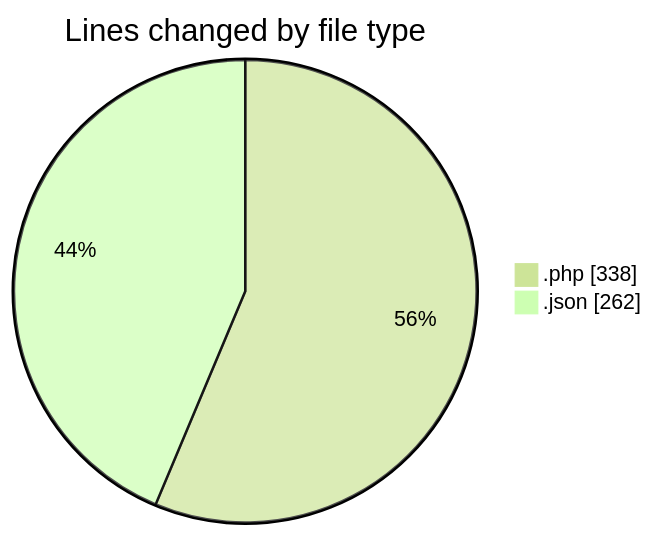
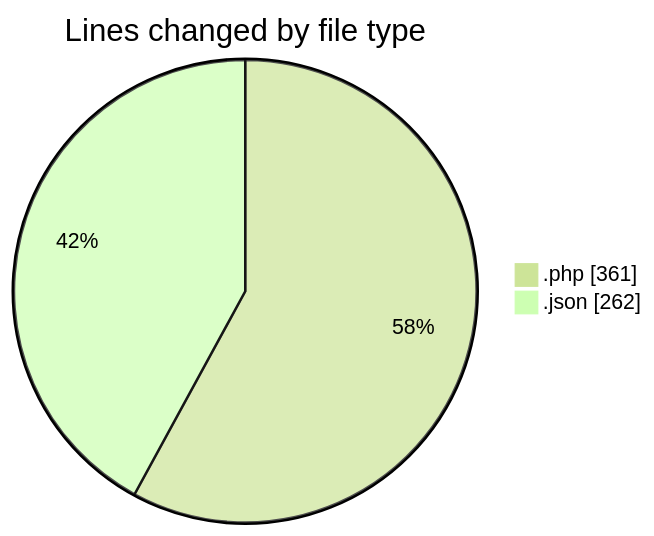
The first of 2 diagrams in 2025-11-01/futsal_rekomendasi/README.md (idhammustaqopulfikri/code-tracking), drawn with Mermaid (forest theme) before and after one commit. The commit also changed other lines of this file and 1 other file, not shown here.

````diff
--- a/2025-11-01/futsal_rekomendasi/README.md
+++ b/2025-11-01/futsal_rekomendasi/README.md
@@ -29,6 +29,6 @@
 ```mermaid
 pie showData
 title Lines changed by file type
-".php" : 338
+".php" : 361
 ".json" : 262
 ```
````
